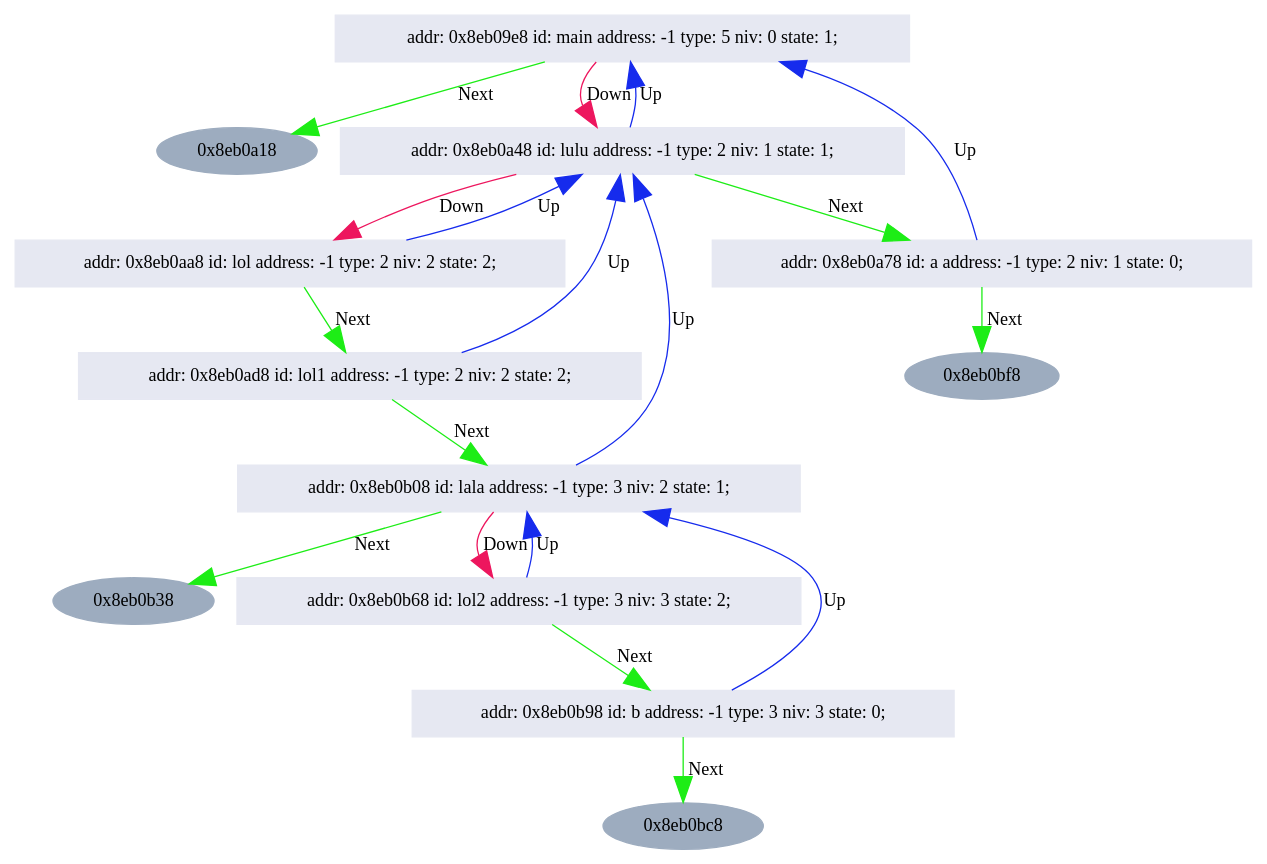
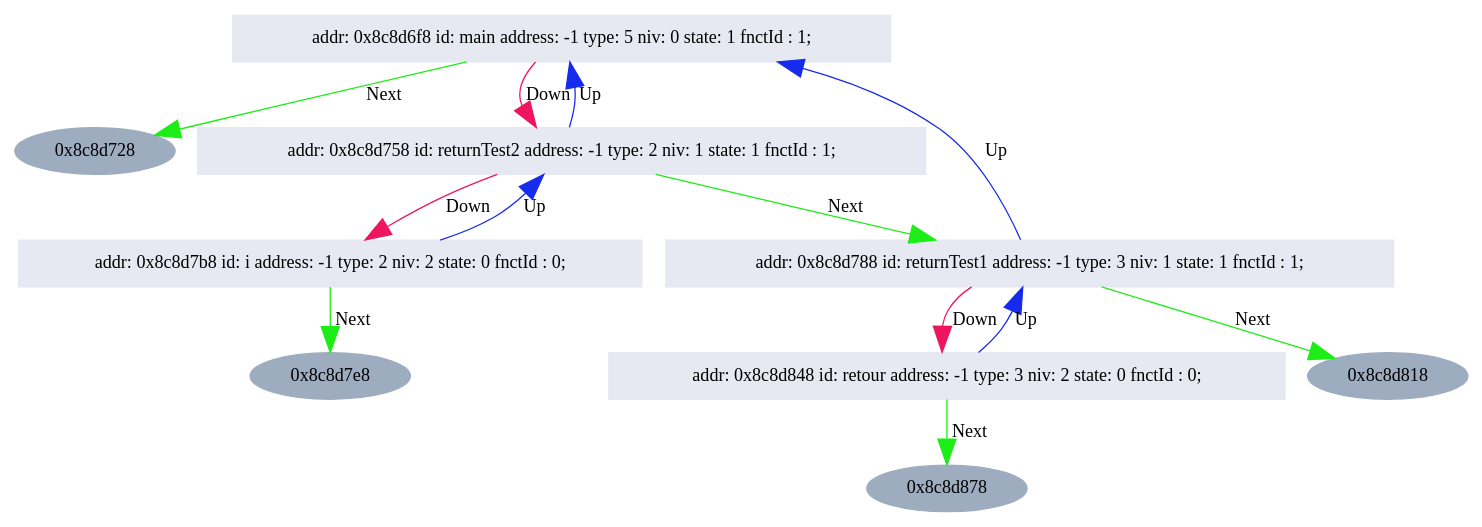
The diagram in lsd12/code/TabSymGraph.dot (w0lf3011/13-lsd12), drawn with Graphviz before and after one commit. The commit also changed 10 other files, not shown here.

```diff
--- a/lsd12/code/TabSymGraph.dot
+++ b/lsd12/code/TabSymGraph.dot
@@ -1,45 +1,32 @@
 //dot -Tjpg -oArbreGraph.jpg ArbreGraph.dot
 digraph LSD12{
 	bgcolor=white
 	node [color="#9DACBF", fontcolor="#000000", style=filled];
 	edge [arrowsize=2, color="#000000"];
 
 // A remplacer avec ce qu'il y a entre ";*** BEGIN printTreeGraphViz(..) +locations ***" et ";*** END printTreeGraphViz(..) +locations ***"
 
-"0x8eb09e8";
-"0x8eb09e8"[shape=box, color="#e6e8f2", fontcolor="#000000",label="addr: 0x8eb09e8 id: main address: -1 type: 5 niv: 0 state: 1;"];
-"0x8eb09e8" -> "0x8eb0a18" [color="#1DED16", label="Next"];
-"0x8eb09e8" -> "0x8eb0a48"[color="#ED165E", label="Down"];
-"0x8eb0a48";
-"0x8eb0a48"[shape=box, color="#e6e8f2", fontcolor="#000000",label="addr: 0x8eb0a48 id: lulu address: -1 type: 2 niv: 1 state: 1;"];
-"0x8eb0a48" -> "0x8eb0a78" [color="#1DED16", label="Next"];
-"0x8eb0a48" -> "0x8eb0aa8"[color="#ED165E", label="Down"];
-"0x8eb0a48" -> "0x8eb09e8"[color="#162BED", label="Up"];
-"0x8eb0aa8";
-"0x8eb0aa8"[shape=box, color="#e6e8f2", fontcolor="#000000",label="addr: 0x8eb0aa8 id: lol address: -1 type: 2 niv: 2 state: 2;"];
-"0x8eb0aa8" -> "0x8eb0ad8" [color="#1DED16", label="Next"];
-"0x8eb0aa8" -> "0x8eb0a48"[color="#162BED", label="Up"];
-"0x8eb0ad8";
-"0x8eb0ad8"[shape=box, color="#e6e8f2", fontcolor="#000000",label="addr: 0x8eb0ad8 id: lol1 address: -1 type: 2 niv: 2 state: 2;"];
-"0x8eb0ad8" -> "0x8eb0b08" [color="#1DED16", label="Next"];
-"0x8eb0ad8" -> "0x8eb0a48"[color="#162BED", label="Up"];
-"0x8eb0b08";
-"0x8eb0b08"[shape=box, color="#e6e8f2", fontcolor="#000000",label="addr: 0x8eb0b08 id: lala address: -1 type: 3 niv: 2 state: 1;"];
-"0x8eb0b08" -> "0x8eb0b38" [color="#1DED16", label="Next"];
-"0x8eb0b08" -> "0x8eb0b68"[color="#ED165E", label="Down"];
-"0x8eb0b08" -> "0x8eb0a48"[color="#162BED", label="Up"];
-"0x8eb0b68";
-"0x8eb0b68"[shape=box, color="#e6e8f2", fontcolor="#000000",label="addr: 0x8eb0b68 id: lol2 address: -1 type: 3 niv: 3 state: 2;"];
-"0x8eb0b68" -> "0x8eb0b98" [color="#1DED16", label="Next"];
-"0x8eb0b68" -> "0x8eb0b08"[color="#162BED", label="Up"];
-"0x8eb0b98";
-"0x8eb0b98"[shape=box, color="#e6e8f2", fontcolor="#000000",label="addr: 0x8eb0b98 id: b address: -1 type: 3 niv: 3 state: 0;"];
-"0x8eb0b98" -> "0x8eb0bc8" [color="#1DED16", label="Next"];
-"0x8eb0b98" -> "0x8eb0b08"[color="#162BED", label="Up"];
-"0x8eb0a78";
-"0x8eb0a78"[shape=box, color="#e6e8f2", fontcolor="#000000",label="addr: 0x8eb0a78 id: a address: -1 type: 2 niv: 1 state: 0;"];
-"0x8eb0a78" -> "0x8eb0bf8" [color="#1DED16", label="Next"];
-"0x8eb0a78" -> "0x8eb09e8"[color="#162BED", label="Up"];
-
+"0x8c8d6f8";
+"0x8c8d6f8"[shape=box, color="#e6e8f2", fontcolor="#000000",label="addr: 0x8c8d6f8 id: main address: -1 type: 5 niv: 0 state: 1 fnctId : 1;"];
+"0x8c8d6f8" -> "0x8c8d728" [color="#1DED16", label="Next"];
+"0x8c8d6f8" -> "0x8c8d758"[color="#ED165E", label="Down"];
+"0x8c8d758";
+"0x8c8d758"[shape=box, color="#e6e8f2", fontcolor="#000000",label="addr: 0x8c8d758 id: returnTest2 address: -1 type: 2 niv: 1 state: 1 fnctId : 1;"];
+"0x8c8d758" -> "0x8c8d788" [color="#1DED16", label="Next"];
+"0x8c8d758" -> "0x8c8d7b8"[color="#ED165E", label="Down"];
+"0x8c8d758" -> "0x8c8d6f8"[color="#162BED", label="Up"];
+"0x8c8d7b8";
+"0x8c8d7b8"[shape=box, color="#e6e8f2", fontcolor="#000000",label="addr: 0x8c8d7b8 id: i address: -1 type: 2 niv: 2 state: 0 fnctId : 0;"];
+"0x8c8d7b8" -> "0x8c8d7e8" [color="#1DED16", label="Next"];
+"0x8c8d7b8" -> "0x8c8d758"[color="#162BED", label="Up"];
+"0x8c8d788";
+"0x8c8d788"[shape=box, color="#e6e8f2", fontcolor="#000000",label="addr: 0x8c8d788 id: returnTest1 address: -1 type: 3 niv: 1 state: 1 fnctId : 1;"];
+"0x8c8d788" -> "0x8c8d818" [color="#1DED16", label="Next"];
+"0x8c8d788" -> "0x8c8d848"[color="#ED165E", label="Down"];
+"0x8c8d788" -> "0x8c8d6f8"[color="#162BED", label="Up"];
+"0x8c8d848";
+"0x8c8d848"[shape=box, color="#e6e8f2", fontcolor="#000000",label="addr: 0x8c8d848 id: retour address: -1 type: 3 niv: 2 state: 0 fnctId : 0;"];
+"0x8c8d848" -> "0x8c8d878" [color="#1DED16", label="Next"];
+"0x8c8d848" -> "0x8c8d788"[color="#162BED", label="Up"];
 
 }
```
